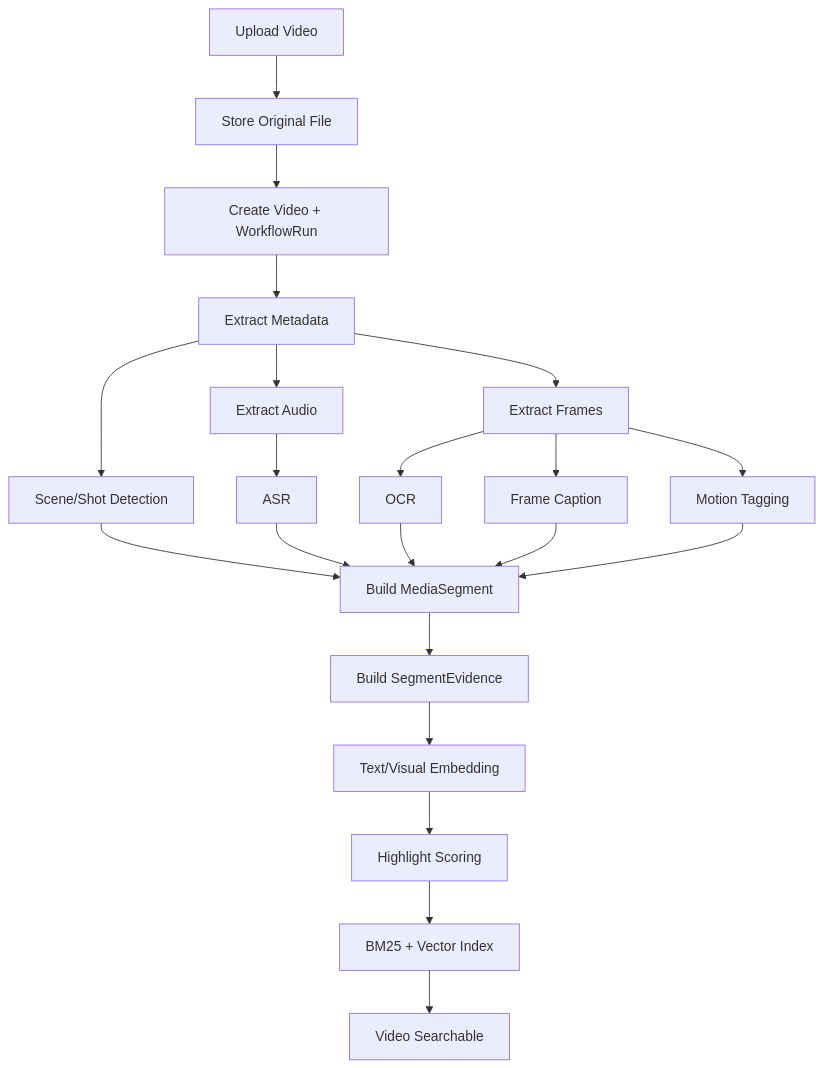
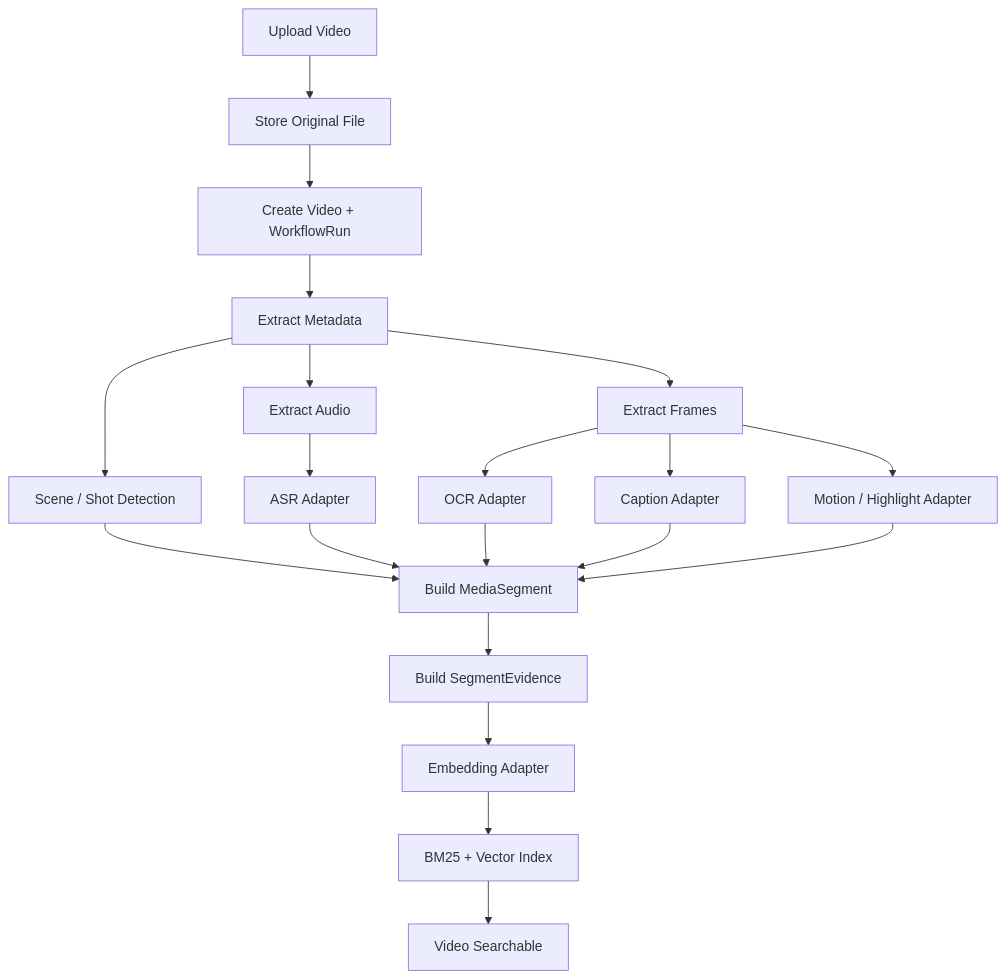
One commit to Kehan-Peng/CamCat-Agentic-Cut-Platform changed the diagram in docs/02_system_architecture.md. Above: the diagram before and after it, drawn with Mermaid. The commit also changed other lines of this file and 29 other files, not shown here.

````diff
--- a/docs/02_system_architecture.md
+++ b/docs/02_system_architecture.md
@@ -154,23 +99,22 @@
 ```mermaid
 flowchart TD
     A["Upload Video"] --> B["Store Original File"]
     B --> C["Create Video + WorkflowRun"]
     C --> D["Extract Metadata"]
     D --> E["Extract Audio"]
     D --> F["Extract Frames"]
-    D --> J["Scene/Shot Detection"]
-    E --> G["ASR"]
-    F --> H["OCR"]
-    F --> I["Frame Caption"]
-    F --> O["Motion Tagging"]
-    J --> K["Build MediaSegment"]
-    G --> K
-    H --> K
-    I --> K
-    O --> K
-    K --> P["Build SegmentEvidence"]
-    P --> L["Text/Visual Embedding"]
-    L --> Q["Highlight Scoring"]
-    Q --> M["BM25 + Vector Index"]
-    M --> N["Video Searchable"]
+    D --> G["Scene / Shot Detection"]
+    E --> H["ASR Adapter"]
+    F --> I["OCR Adapter"]
+    F --> J["Caption Adapter"]
+    F --> K["Motion / Highlight Adapter"]
+    G --> L["Build MediaSegment"]
+    H --> L
+    I --> L
+    J --> L
+    K --> L
+    L --> M["Build SegmentEvidence"]
+    M --> N["Embedding Adapter"]
+    N --> O["BM25 + Vector Index"]
+    O --> P["Video Searchable"]
 ```
````
